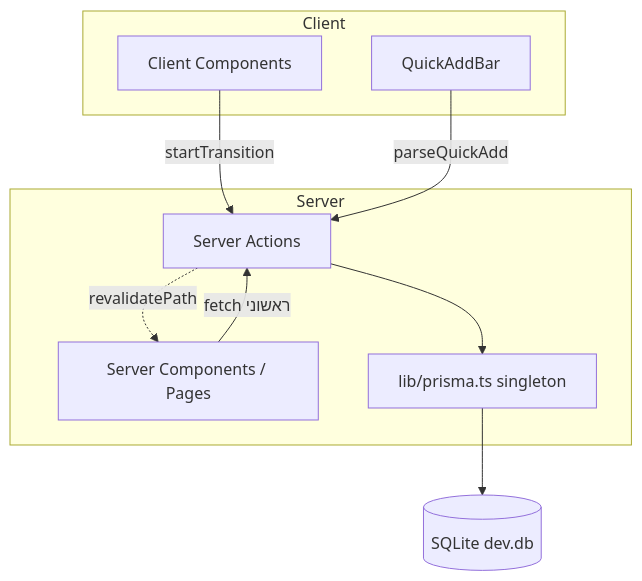
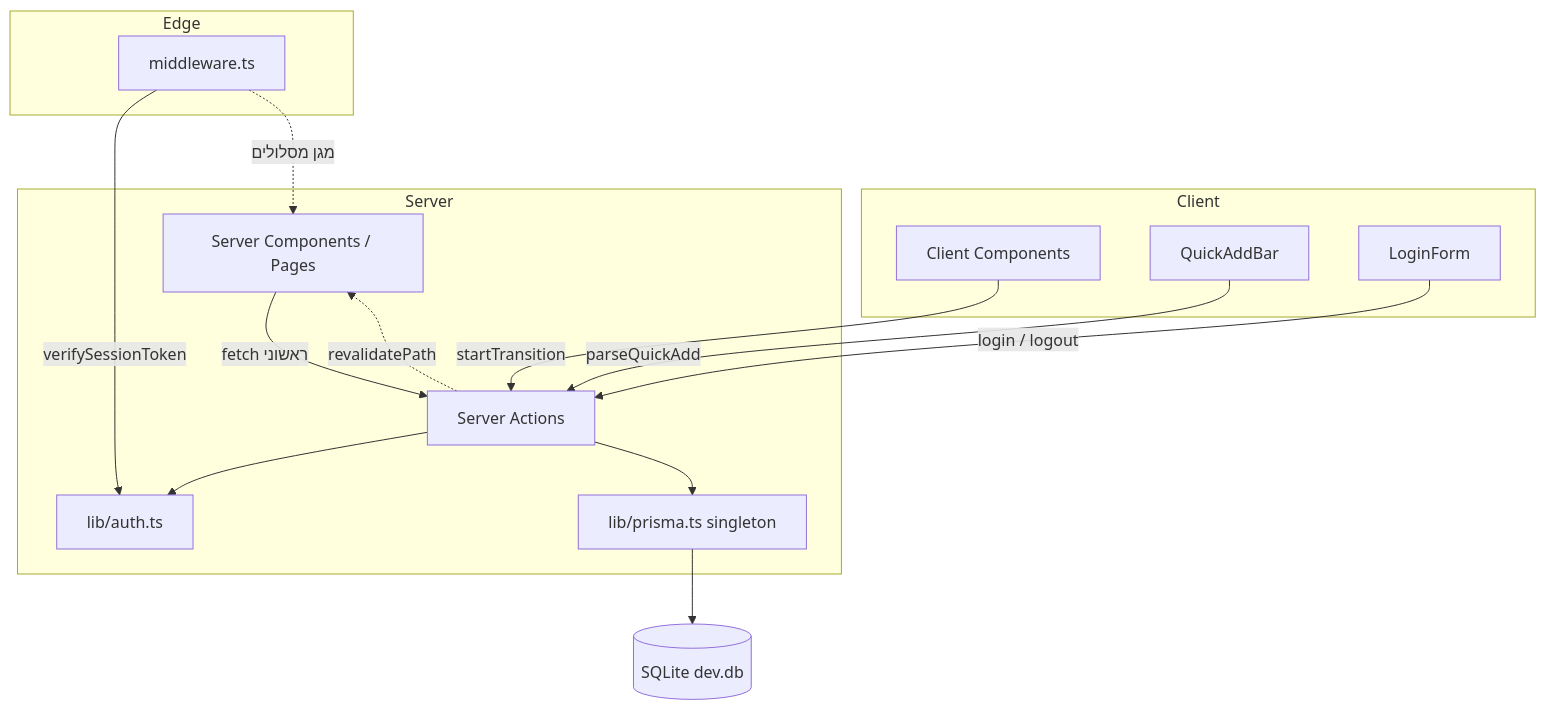
One commit to michaelvolchek-stack/club2030-claudemonth changed the diagram in Vault/ארכיטקטורה/סקירת ארכיטקטורה.md. Above: the diagram before and after it, drawn with Mermaid. The commit also changed other lines of this file and 10 other files, not shown here.

````diff
--- a/Vault/ארכיטקטורה/סקירת ארכיטקטורה.md
+++ b/Vault/ארכיטקטורה/סקירת ארכיטקטורה.md
@@ -20,21 +20,30 @@
 ```mermaid
 graph TD
+    subgraph Edge
+        MW[middleware.ts]
+    end
     subgraph Client
         C[Client Components]
         QA[QuickAddBar]
+        LF[LoginForm]
     end
     subgraph Server
         SC[Server Components / Pages]
         SA[Server Actions]
+        AUTH[lib/auth.ts]
         P[lib/prisma.ts singleton]
     end
     DB[(SQLite dev.db)]
 
+    MW -->|verifySessionToken| AUTH
+    MW -.->|מגן מסלולים| SC
+    LF -->|login / logout| SA
     SC -->|fetch ראשוני| SA
     C -->|startTransition| SA
     QA -->|parseQuickAdd| SA
+    SA --> AUTH
     SA --> P --> DB
     SA -.->|revalidatePath| SC
 
     class SA internal-link;
 ```
````
